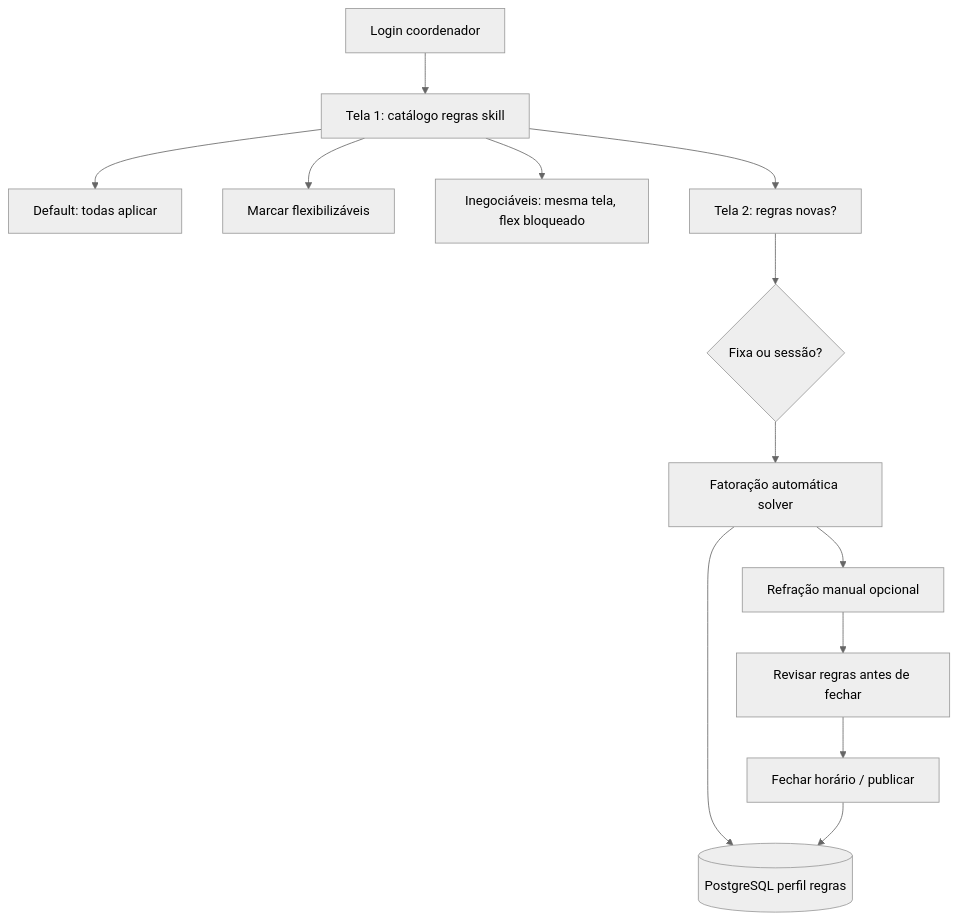
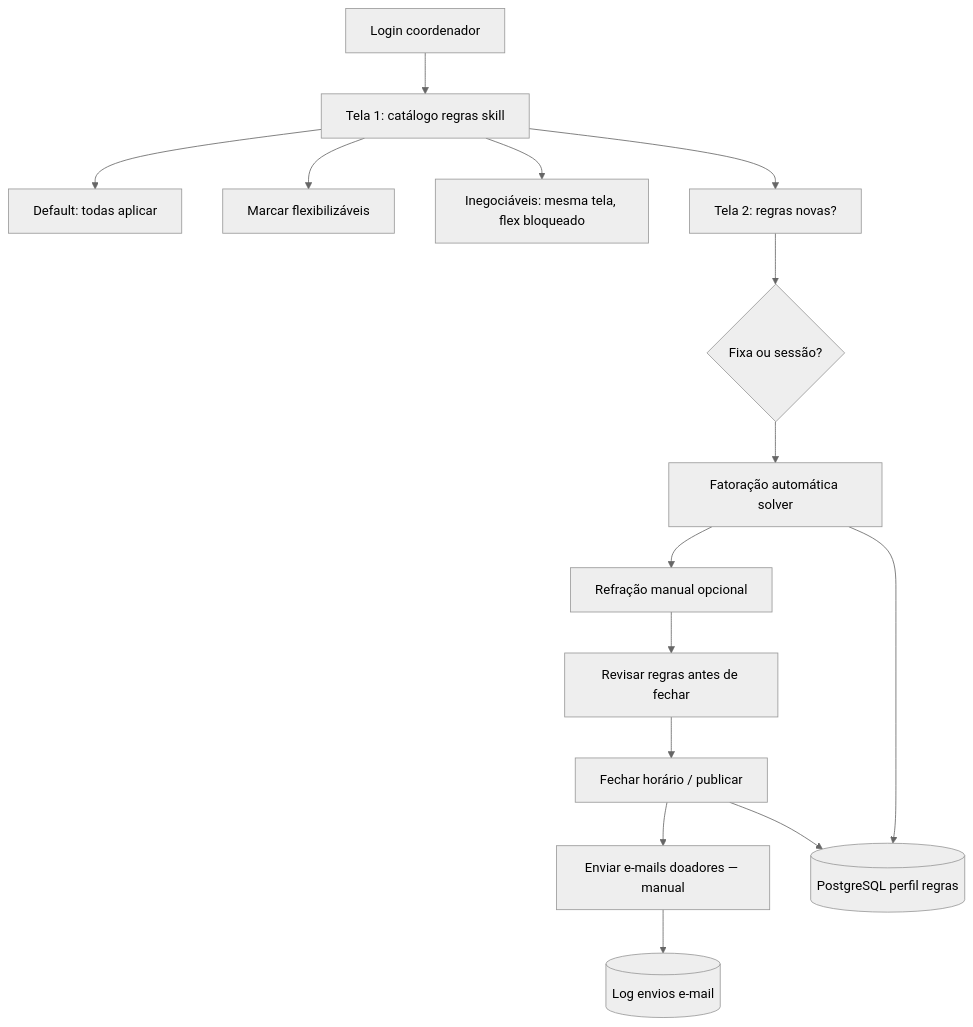
Before and after one commit to cbrener89052/calendarioprovas: the diagram in _reversa_sdd/flowcharts/plataforma-multi-coordenador.md, drawn with Mermaid (neutral theme). The commit also changed other lines of this file and 4 other files, not shown here.

First line of the commit message:
docs(reversa): requisito de e-mail manual aos professores doadores

````diff
--- a/_reversa_sdd/flowcharts/plataforma-multi-coordenador.md
+++ b/_reversa_sdd/flowcharts/plataforma-multi-coordenador.md
@@ -5,16 +5,18 @@
 ```mermaid
 flowchart TD
     LOGIN[Login coordenador] --> T1[Tela 1: catálogo regras skill]
     T1 --> D1[Default: todas aplicar]
     T1 --> D2[Marcar flexibilizáveis]
     T1 --> D3[Inegociáveis: mesma tela, flex bloqueado]
     T1 --> T2[Tela 2: regras novas?]
     T2 --> E{Fixa ou sessão?}
     E --> FAT[Fatoração automática solver]
     FAT --> REF[Refração manual opcional]
     REF --> GATE[Revisar regras antes de fechar]
     GATE --> FECHAR[Fechar horário / publicar]
+    FECHAR --> EMAIL[Enviar e-mails doadores — manual]
     
     FAT --> PG[(PostgreSQL perfil regras)]
     FECHAR --> PG
+    EMAIL --> AUDIT[(Log envios e-mail)]
 ```
````
